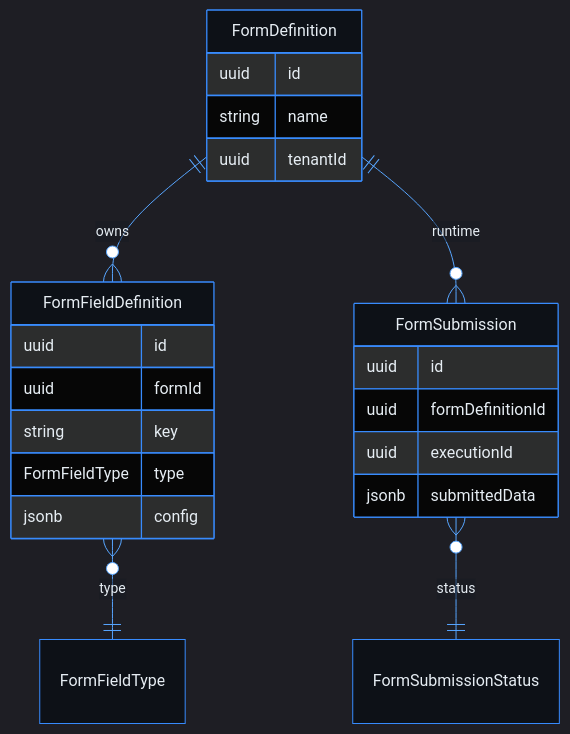
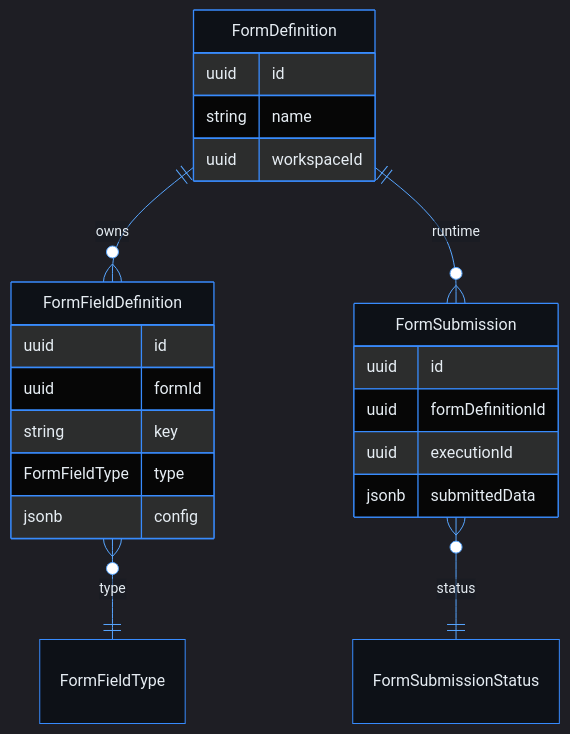
The diagram in docs/use-cases/form-builder/create-form/README.md (phuongnse/axis), drawn with Mermaid before and after one commit. The commit also changed other lines of this file and 1057 other files, not shown here.

````diff
--- a/docs/use-cases/form-builder/create-form/README.md
+++ b/docs/use-cases/form-builder/create-form/README.md
@@ -80,27 +80,27 @@
 ```mermaid
 %%{init: {'theme':'dark','themeVariables':{'background':'#0d1117','mainBkg':'#0d1117','primaryColor':'#161b22','primaryBorderColor':'#388bfd','primaryTextColor':'#e6edf3','secondaryColor':'#21262d','secondaryBorderColor':'#388bfd','secondaryTextColor':'#e6edf3','tertiaryColor':'#161b22','tertiaryTextColor':'#e6edf3','lineColor':'#58a6ff','textColor':'#e6edf3','nodeBorder':'#388bfd','clusterBkg':'#161b22','clusterBorder':'#388bfd','titleColor':'#e6edf3','edgeLabelBackground':'#161b22','actorBkg':'#161b22','actorBorder':'#388bfd','actorTextColor':'#e6edf3','signalColor':'#58a6ff','labelBoxBkgColor':'#161b22','labelBoxBorderColor':'#388bfd','noteBkgColor':'#161b22','noteBorderColor':'#388bfd','noteTextColor':'#c9d1d9','activationBkgColor':'#30363d'}}}%%
 erDiagram
   FormDefinition ||--o{ FormFieldDefinition : owns
   FormFieldDefinition }o--|| FormFieldType : type
   FormDefinition ||--o{ FormSubmission : runtime
   FormSubmission }o--|| FormSubmissionStatus : status
 
   FormDefinition {
     uuid id
     string name
-    uuid tenantId
+    uuid workspaceId
   }
   FormFieldDefinition {
     uuid id
     uuid formId
     string key
     FormFieldType type
     jsonb config
   }
   FormSubmission {
     uuid id
     uuid formDefinitionId
     uuid executionId
     jsonb submittedData
   }
 ```
````
